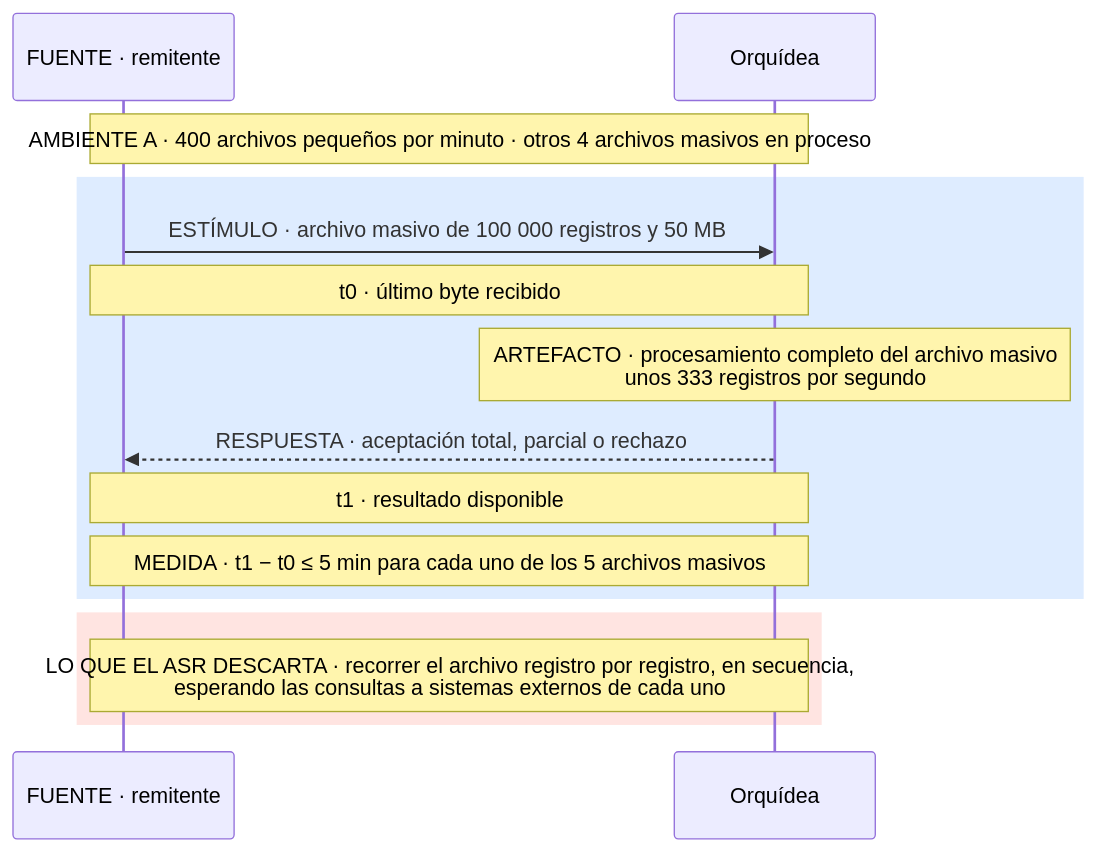
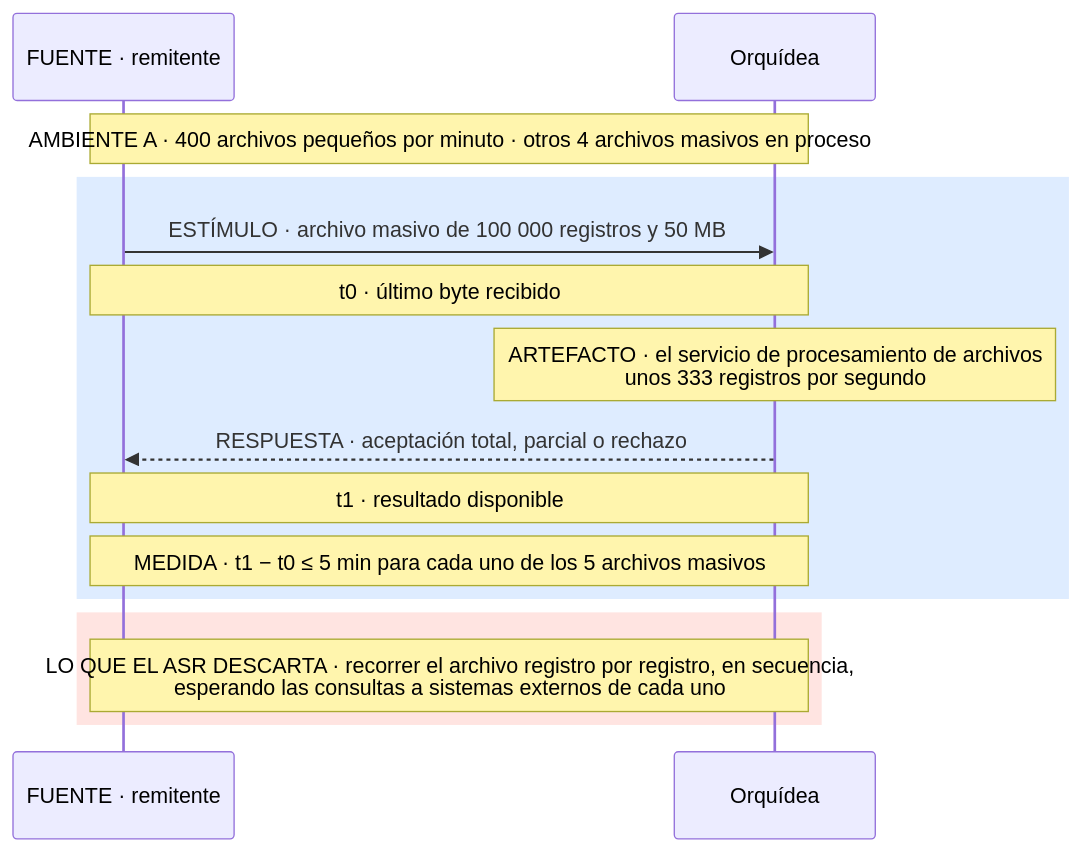
Before and after one commit to MATI-MBIT/arqsoft-reto-4: diagram 12 of 17 in docs/quality-attributes.md, drawn with Mermaid. The commit also changed other lines of this file and 3 other files, not shown here.

````diff
--- a/docs/quality-attributes.md
+++ b/docs/quality-attributes.md
@@ -571,17 +571,17 @@
 ```mermaid
 sequenceDiagram
     participant R as FUENTE · remitente
     participant O as Orquídea
     Note over R,O: AMBIENTE A · 400 archivos pequeños por minuto · otros 4 archivos masivos en proceso
     rect rgb(222, 236, 255)
     R->>O: ESTÍMULO · archivo masivo de 100 000 registros y 50 MB
     Note over R,O: t0 · último byte recibido
-    Note over O: ARTEFACTO · procesamiento completo del archivo masivo<br/>unos 333 registros por segundo
+    Note over O: ARTEFACTO · el servicio de procesamiento de archivos<br/>unos 333 registros por segundo
     O-->>R: RESPUESTA · aceptación total, parcial o rechazo
     Note over R,O: t1 · resultado disponible
     Note over R,O: MEDIDA · t1 − t0 ≤ 5 min para cada uno de los 5 archivos masivos
     end
     rect rgb(255, 228, 225)
     Note over R,O: LO QUE EL ASR DESCARTA · recorrer el archivo registro por registro, en secuencia,<br/>esperando las consultas a sistemas externos de cada uno
     end
 ```
````
